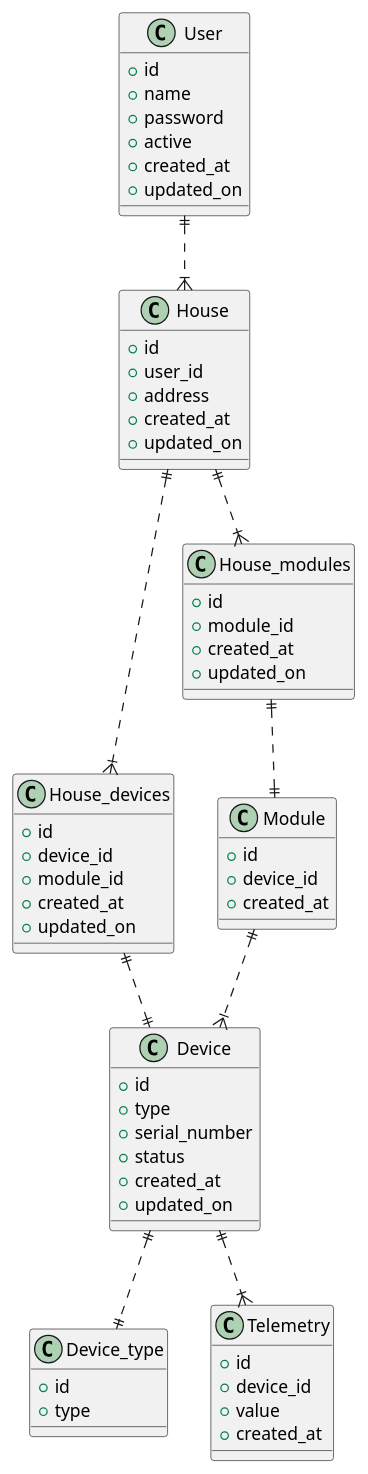
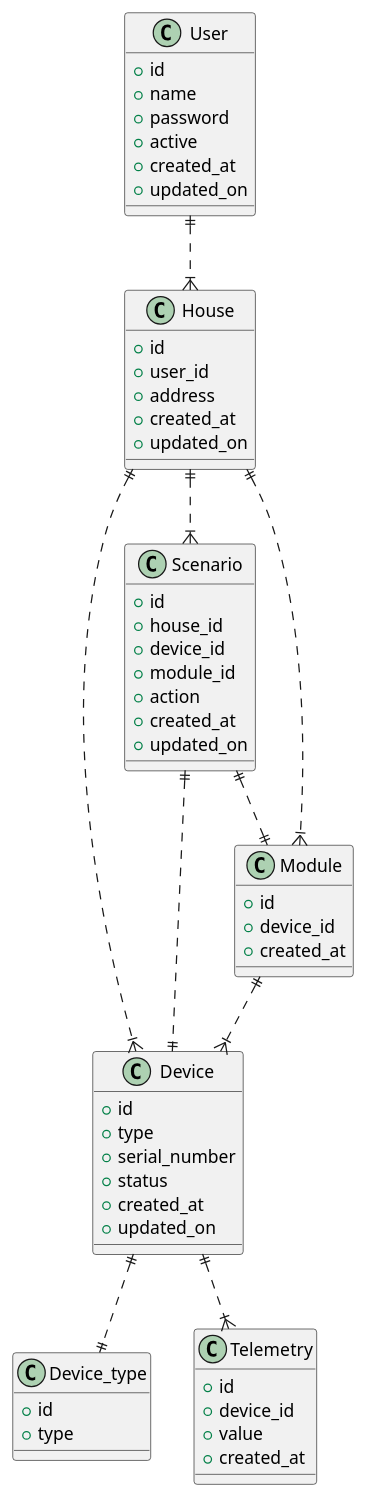
One commit to VisTzz/architecture-sprint-3 changed the diagram in diagrams/erd/SmartHome_ERD.puml. Above: the diagram before and after it, drawn with PlantUML. The commit also changed 3 other files, not shown here.

```diff
--- a/diagrams/erd/SmartHome_ERD.puml
+++ b/diagrams/erd/SmartHome_ERD.puml
@@ -1,71 +1,67 @@
 @startuml
 
 class User {
 + id
 + name
 +password
 +active
 +created_at
 +updated_on
 }
 
 class House{
 + id
 + user_id
 + address
-+ created_at
-+ updated_on
-}
-
-class House_devices{
-+ id
-+ device_id
-+ module_id
-+ created_at
-+ updated_on
-}
-
-class House_modules{
-+ id
-+ module_id
 + created_at
 + updated_on
 }
 
 class Device {
 + id
 + type
 + serial_number
 + status
 + created_at
 + updated_on
 }
 
 class Device_type{
 + id
 + type
 }
 
 class Telemetry{
 + id
 + device_id
 + value
 + created_at
 }
 
+class Scenario{
++ id
++ house_id
++ device_id
++ module_id
++ action
++ created_at
++ updated_on
+}
+
 class Module{
 + id
 + device_id
 + created_at
 }
 
 User ||..|{ House
-House||..|{ House_devices
-House||..|{ House_modules
-House_modules||..|| Module
+House||..|{ Device 
+House||..|{ Module
+House||..|{ Scenario
+Scenario||..|| Device
+Scenario||..|| Module
 Module||..|{ Device
-House_devices||..|| Device
 Device ||..|| Device_type
 Device ||..|{ Telemetry
 
 @enduml
```
